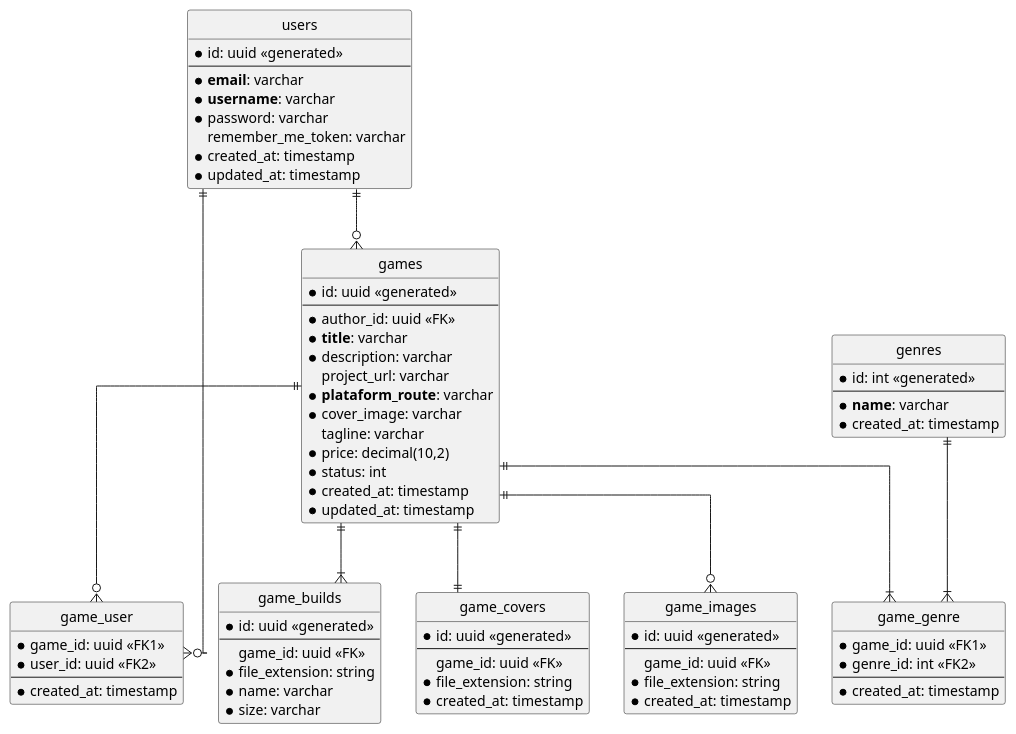
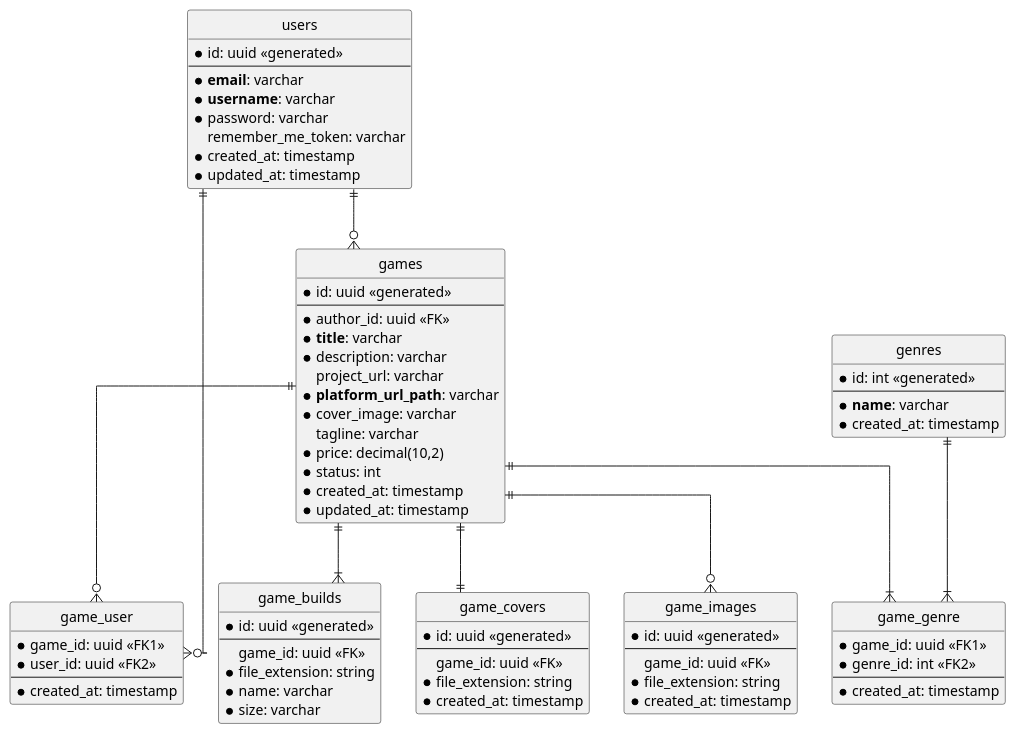
The diagram in documentation/database.puml (Alpiona/dev-challenges-main-backend), drawn with PlantUML before and after one commit. The commit also changed 9 other files, not shown here.

```diff
--- a/documentation/database.puml
+++ b/documentation/database.puml
@@ -1,91 +1,91 @@
 @startuml databases
 
 ' hide the spot
 hide circle
 
 ' avoid problems with angled crows feet
 skinparam linetype ortho
 
 entity "users" {
   *id: uuid <<generated>>
   --
   * **email**: varchar
   * **username**: varchar
   *password: varchar
   remember_me_token: varchar
   *created_at: timestamp
   *updated_at: timestamp
 }
 
 entity "games" {
   *id: uuid <<generated>>
   --
   *author_id: uuid <<FK>>
   * **title**: varchar
   *description: varchar
   project_url: varchar
-  * **plataform_route**: varchar
+  * **platform_url_path**: varchar
   *cover_image: varchar
   tagline: varchar
   *price: decimal(10,2)
   *status: int
   *created_at: timestamp
   *updated_at: timestamp
 }
 
 entity "game_covers" {
   *id: uuid <<generated>>
   --
   game_id: uuid <<FK>>
   *file_extension: string
   *created_at: timestamp
 }
 
 entity "game_images" {
   *id: uuid <<generated>>
   --
   game_id: uuid <<FK>>
   *file_extension: string
   *created_at: timestamp
 }
 
 entity "game_builds" {
   *id: uuid <<generated>>
   --
   game_id: uuid <<FK>>
   *file_extension: string
   *name: varchar
   *size: varchar
 }
 
 entity "game_user" {
   *game_id: uuid <<FK1>>
   *user_id: uuid <<FK2>>
   --
   *created_at: timestamp
 }
 
 entity "genres" {
   *id: int <<generated>>
   --
   * **name**: varchar
   *created_at: timestamp
 }
 
 entity "game_genre" {
   *game_id: uuid <<FK1>>
   *genre_id: int <<FK2>>
   --
   *created_at: timestamp
 }
 
 users ||--o{ games
 users ||--o{ game_user
 games ||--|| game_covers
 games ||--|{ game_builds
 games ||--o{ game_user
 games ||--|{ game_genre
 games ||--o{ game_images
 genres ||--|{ game_genre
 
 @enduml
```
